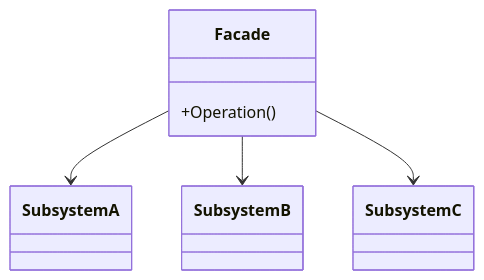
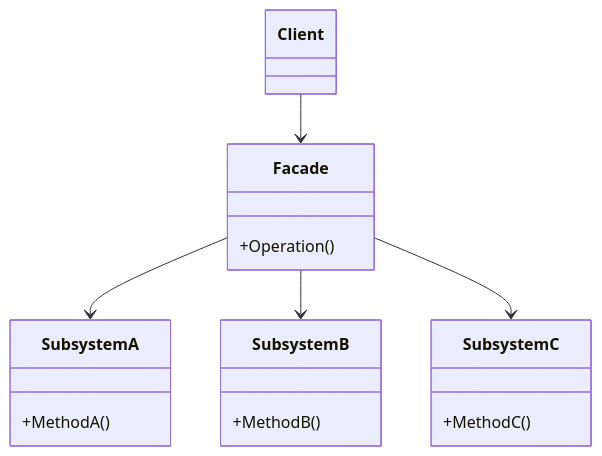
One commit to minijb/Wiki changed the fifth of 8 diagrams in raw/cs/design-patterns/structural-patterns.md. Above: the diagram before and after it, drawn with Mermaid. The commit also changed other lines of this file and 962 other files, not shown here.

````diff
--- a/raw/cs/design-patterns/structural-patterns.md
+++ b/raw/cs/design-patterns/structural-patterns.md
@@ -534,13 +704,21 @@
 ```mermaid
 classDiagram
     class Facade {
         +Operation()
     }
-    class SubsystemA
-    class SubsystemB
-    class SubsystemC
+    class SubsystemA {
+        +MethodA()
+    }
+    class SubsystemB {
+        +MethodB()
+    }
+    class SubsystemC {
+        +MethodC()
+    }
+    class Client
 
+    Client --> Facade
     Facade --> SubsystemA
     Facade --> SubsystemB
     Facade --> SubsystemC
 ```
````
